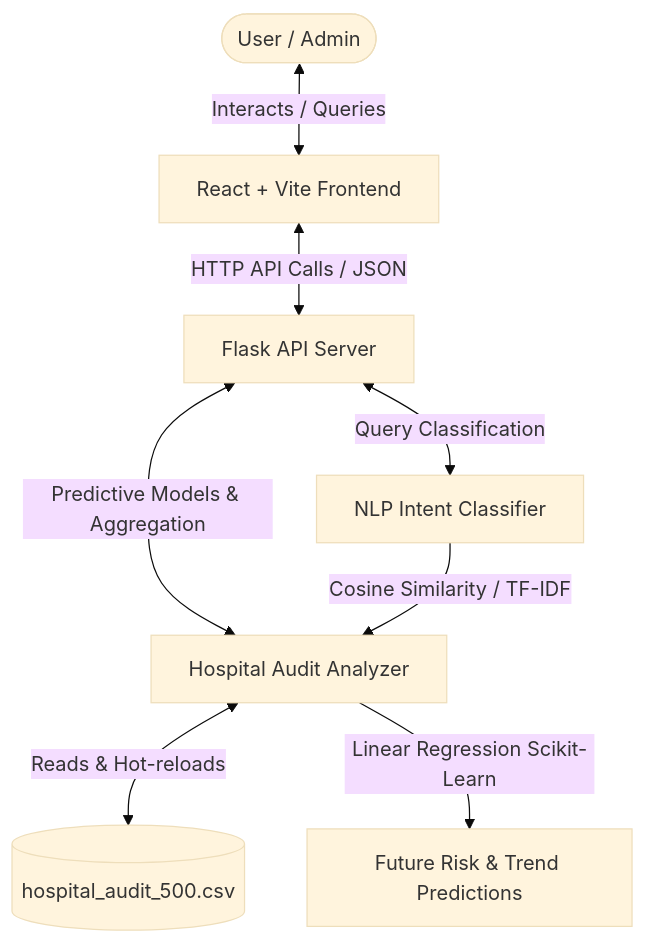
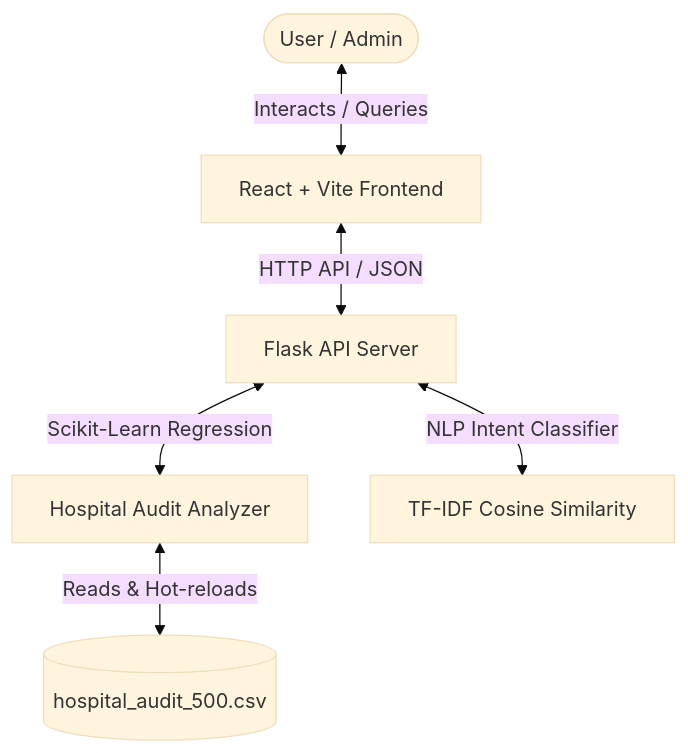
The first of 2 diagrams in README.md (harshparmar1/Chatbot-demo), drawn with Mermaid (base theme) before and after one commit. The commit also changed other lines of this file and 1 other file, not shown here.

````diff
--- a/README.md
+++ b/README.md
@@ -11,10 +14,8 @@
 ```mermaid
 graph TD
     User([User / Admin]) <--> |Interacts / Queries| Frontend[React + Vite Frontend]
-    Frontend <--> |HTTP API Calls / JSON| Backend[Flask API Server]
-    Backend <--> |Predictive Models & Aggregation| DataAnalyzer[Hospital Audit Analyzer]
-    Backend <--> |Query Classification| NLPEngine[NLP Intent Classifier]
+    Frontend <--> |HTTP API / JSON| Backend[Flask API Server]
+    Backend <--> |Scikit-Learn Regression| DataAnalyzer[Hospital Audit Analyzer]
+    Backend <--> |NLP Intent Classifier| NLPEngine[TF-IDF Cosine Similarity]
     DataAnalyzer <--> |Reads & Hot-reloads| CSV[(hospital_audit_500.csv)]
-    NLPEngine --> |Cosine Similarity / TF-IDF| DataAnalyzer
-    DataAnalyzer --> |Linear Regression Scikit-Learn| Predictions[Future Risk & Trend Predictions]
 ```
````
